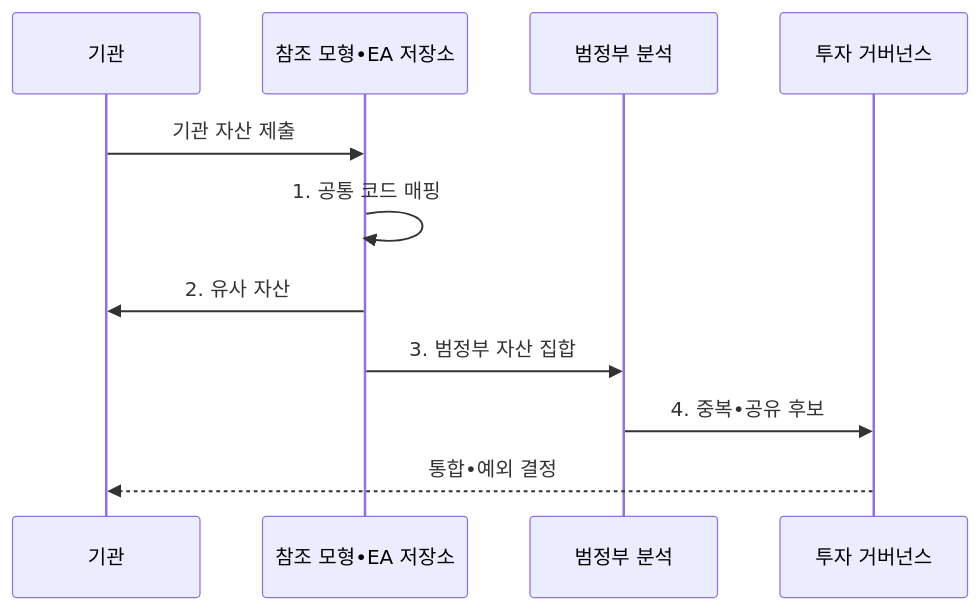
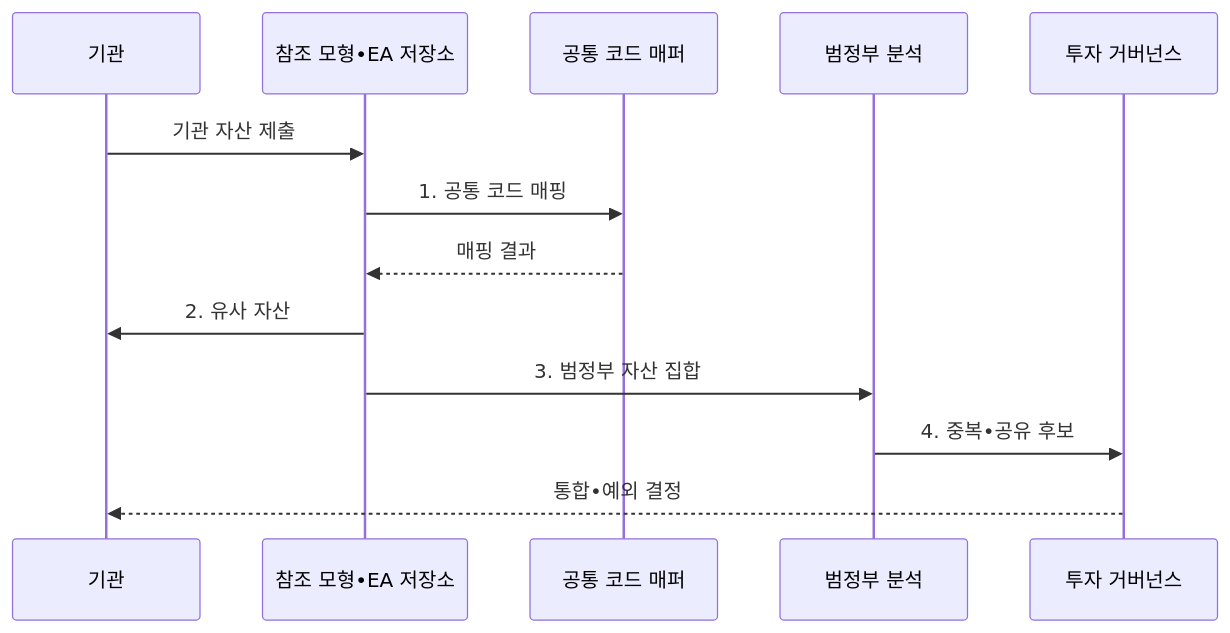
The second of 2 diagrams in src/content/docs/notes/03-software/190_government_ea_trm_drm.md (agnusdei1207/knowledge-base), drawn with Mermaid before and after one commit. The commit also changed other lines of this file and 7 other files, not shown here.

````diff
--- a/src/content/docs/notes/03-software/190_government_ea_trm_drm.md
+++ b/src/content/docs/notes/03-software/190_government_ea_trm_drm.md
@@ -103,13 +103,15 @@
 ```mermaid
 sequenceDiagram
     participant I as 기관
     participant M as 참조 모형•EA 저장소
+    participant C as 공통 코드 매퍼
     participant A as 범정부 분석
     participant G as 투자 거버넌스
     I->>M: 기관 자산 제출
-    M->>M: 1. 공통 코드 매핑
+    M->>C: 1. 공통 코드 매핑
+    C-->>M: 매핑 결과
     M->>I: 2. 유사 자산
     M->>A: 3. 범정부 자산 집합
     A->>G: 4. 중복•공유 후보
     G-->>I: 통합•예외 결정
 ```
````
